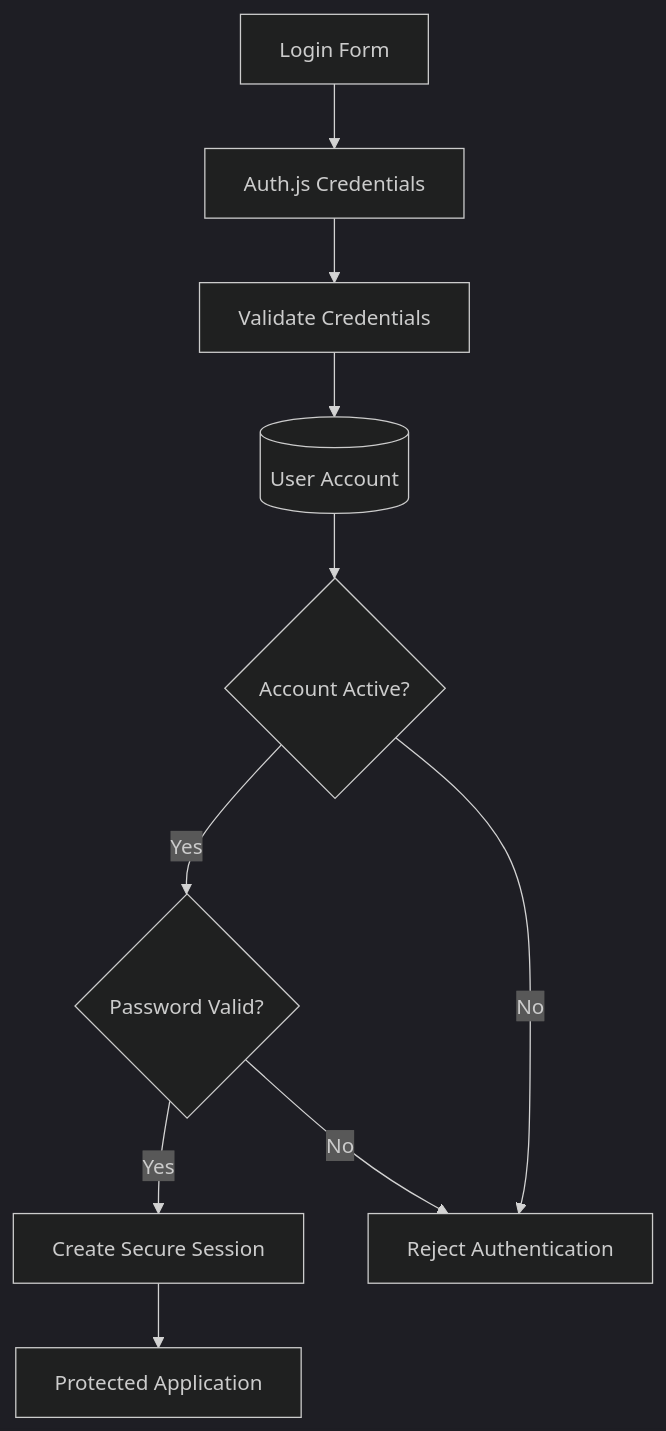
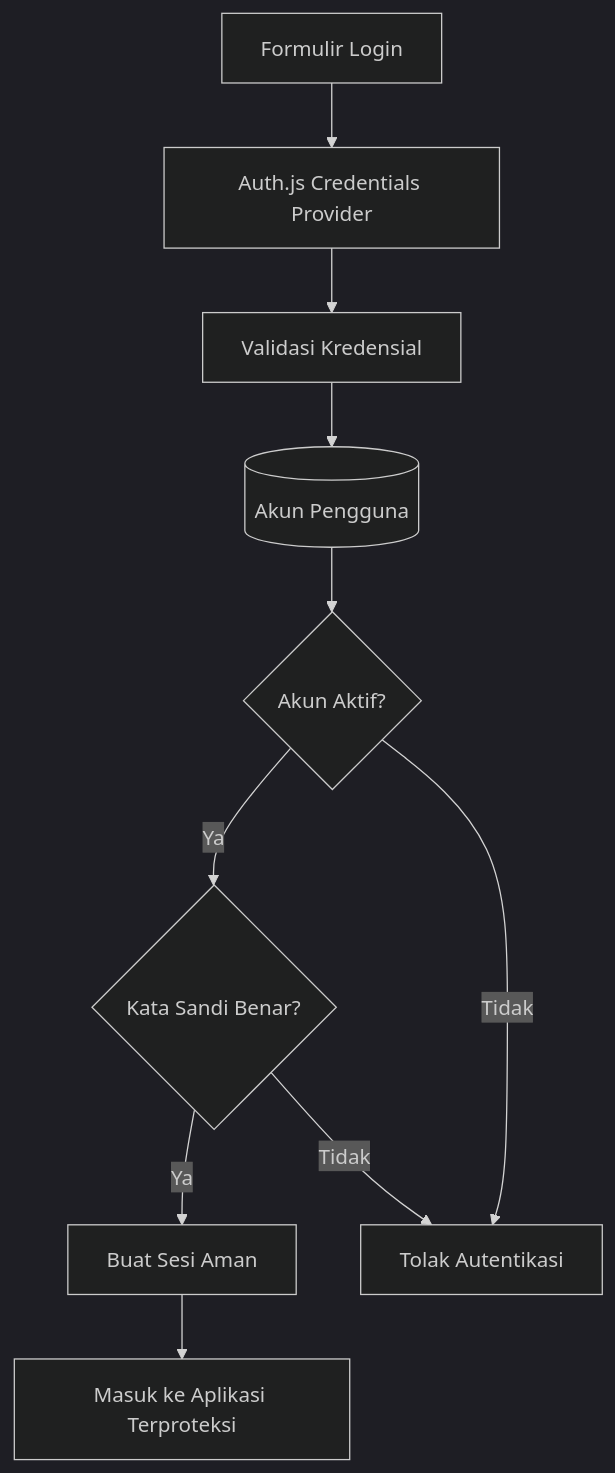
The sixth of 10 diagrams in docs/architecture.md (ZyxxBoy/cashierflow), drawn with Mermaid (dark theme) before and after one commit. The commit also changed other lines of this file and 7 other files, not shown here.

````diff
--- a/docs/architecture.md
+++ b/docs/architecture.md
@@ -512,22 +482,22 @@
 ```mermaid
 flowchart TD
-    LOGIN[Login Form]
-    AUTH[Auth.js Credentials]
-    VALIDATE[Validate Credentials]
-    USER[(User Account)]
-    ACTIVE{Account Active?}
-    PASSWORD{Password Valid?}
-    SESSION[Create Secure Session]
-    PROTECTED[Protected Application]
-    DENIED[Reject Authentication]
+    LOGIN[Formulir Login]
+    AUTH[Auth.js Credentials Provider]
+    VALIDATE[Validasi Kredensial]
+    USER[(Akun Pengguna)]
+    ACTIVE{Akun Aktif?}
+    PASSWORD{Kata Sandi Benar?}
+    SESSION[Buat Sesi Aman]
+    PROTECTED[Masuk ke Aplikasi Terproteksi]
+    DENIED[Tolak Autentikasi]
 
     LOGIN --> AUTH
     AUTH --> VALIDATE
     VALIDATE --> USER
     USER --> ACTIVE
-    ACTIVE -->|Yes| PASSWORD
-    ACTIVE -->|No| DENIED
-    PASSWORD -->|Yes| SESSION
-    PASSWORD -->|No| DENIED
+    ACTIVE -->|Ya| PASSWORD
+    ACTIVE -->|Tidak| DENIED
+    PASSWORD -->|Ya| SESSION
+    PASSWORD -->|Tidak| DENIED
     SESSION --> PROTECTED
 ```
````
